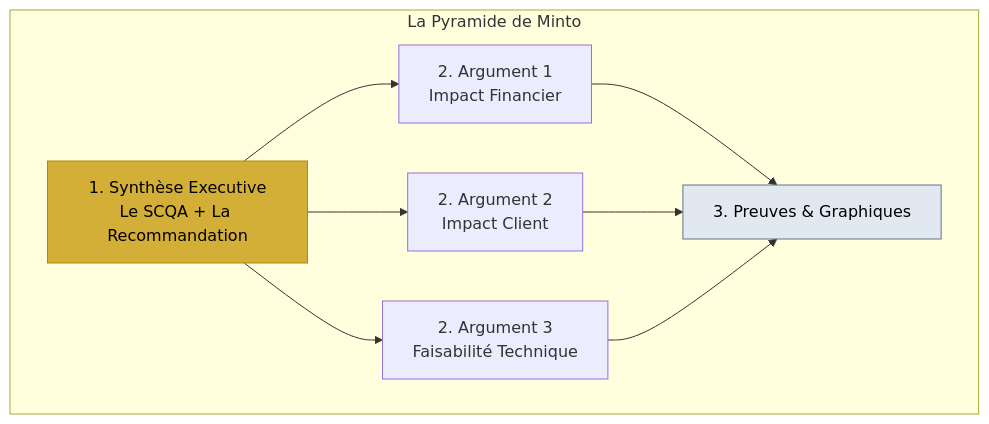
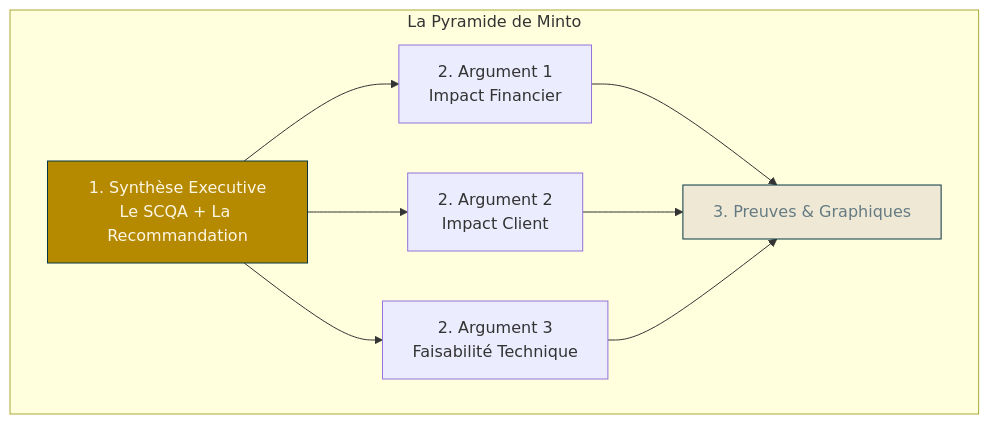
Before and after one commit to aptitek/aptispace-datascience: the diagram in cours/7_communication/_72_dashboards_rapports.qmd, drawn with Mermaid. The commit also changed 35 other files, not shown here.

````diff
--- a/cours/7_communication/_72_dashboards_rapports.qmd
+++ b/cours/7_communication/_72_dashboards_rapports.qmd
@@ -49,16 +49,16 @@
 ```{mermaid}
 flowchart TD
     subgraph Minto [La Pyramide de Minto]
         A[1. Synthèse Executive\nLe SCQA + La Recommandation] --> B[2. Argument 1\nImpact Financier]
         A --> C[2. Argument 2\nImpact Client]
         A --> D[2. Argument 3\nFaisabilité Technique]
         
         B --> E[3. Preuves & Graphiques]
         C --> E
         D --> E
     end
     
-    style A fill:#D4AF37,stroke:#b8860b,color:#000
-    style E fill:#e2e8f0,stroke:#64748b,color:#000
+    style A fill:#b58900,stroke:#073642,color:#fdf6e3
+    style E fill:#eee8d5,stroke:#073642,color:#657b83
 
 ```
````
